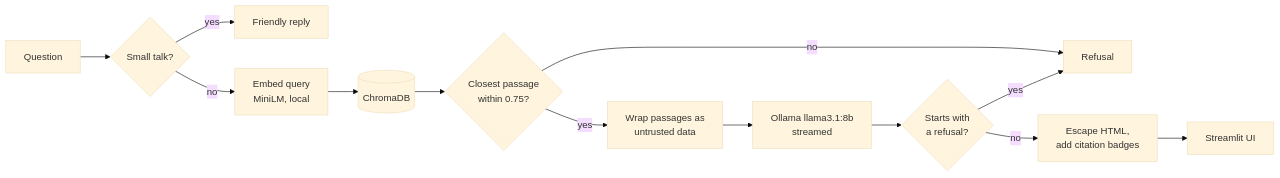
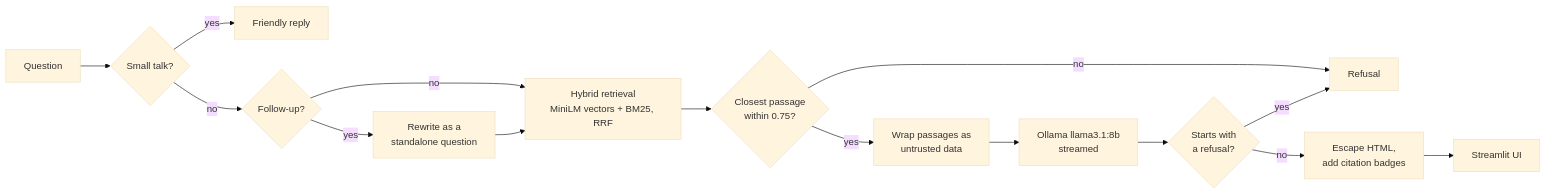
The diagram in README.md (Kat0x0Ace/ai-security-research-assistant), drawn with Mermaid (base theme) before and after one commit. The commit also changed other lines of this file and 8 other files, not shown here.

````diff
--- a/README.md
+++ b/README.md
@@ -60,12 +63,15 @@
 ```mermaid
 flowchart LR
     Q[Question] --> S{Small talk?}
     S -- yes --> R0[Friendly reply]
-    S -- no --> E[Embed query<br/>MiniLM, local] --> V[(ChromaDB)]
-    V --> T{Closest passage<br/>within 0.75?}
+    S -- no --> F{Follow-up?}
+    F -- yes --> RW[Rewrite as a<br/>standalone question]
+    F -- no --> HY
+    RW --> HY[Hybrid retrieval<br/>MiniLM vectors + BM25, RRF]
+    HY --> T{Closest passage<br/>within 0.75?}
     T -- no --> RF[Refusal]
     T -- yes --> W[Wrap passages as<br/>untrusted data] --> L[Ollama llama3.1:8b<br/>streamed]
     L --> G{Starts with<br/>a refusal?}
     G -- yes --> RF
     G -- no --> H[Escape HTML,<br/>add citation badges] --> UI[Streamlit UI]
 ```
````
